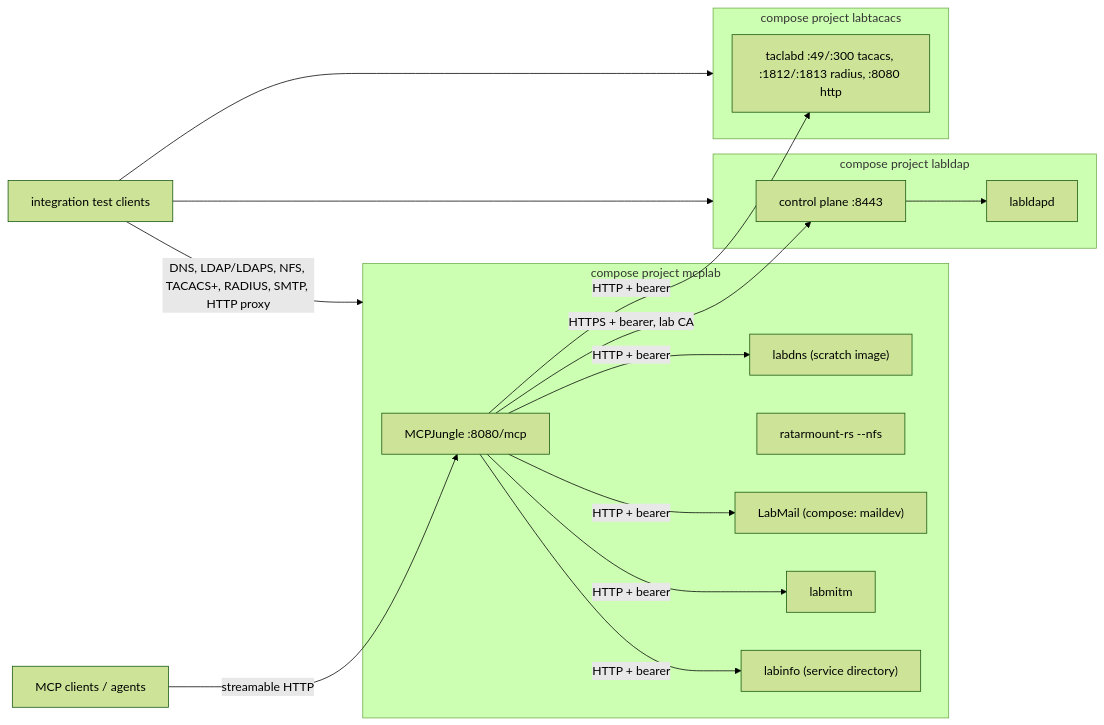
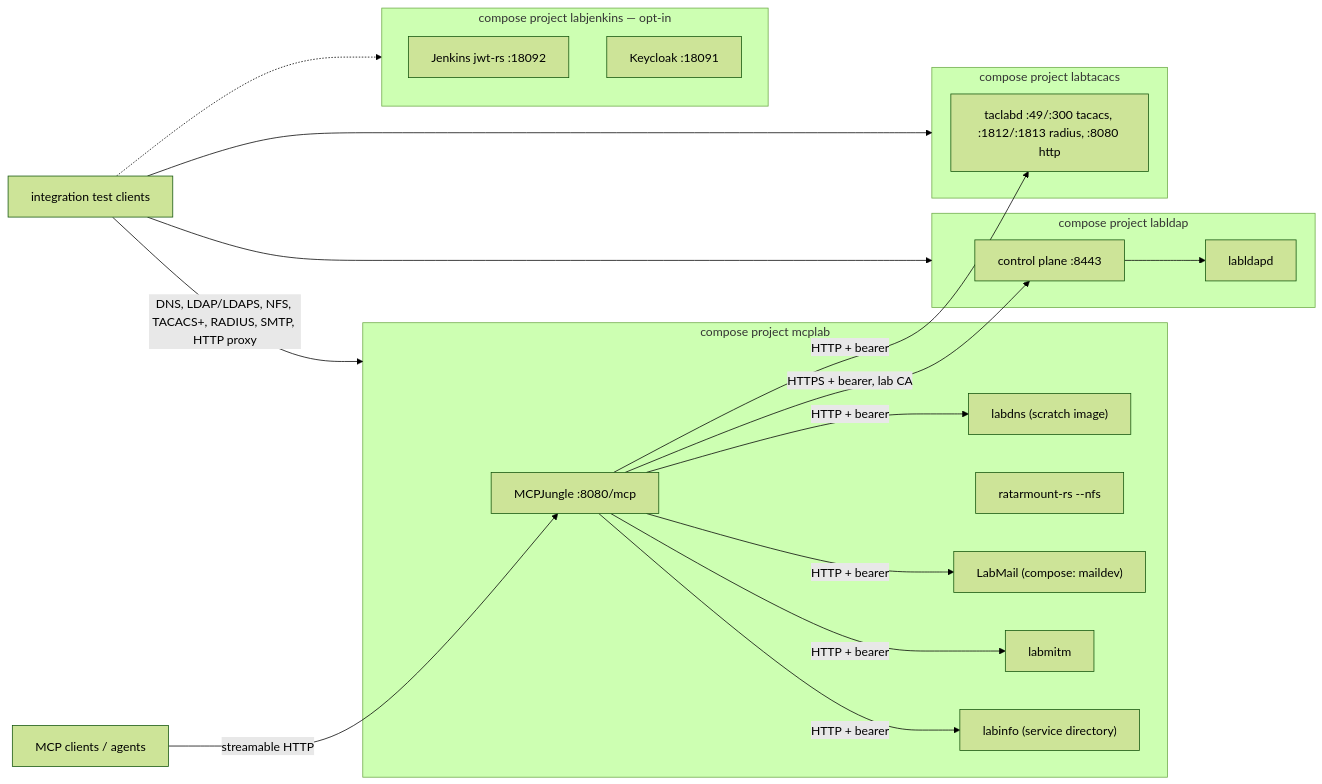
Before and after one commit to hilather/mcp-integration-lab: the diagram in docs/architecture.md, drawn with Mermaid (forest theme). The commit also changed other lines of this file and 35 other files, not shown here.

First line of the commit message:
feat: opt-in LabJenkins jwt-rs with Entra fill-in profile

````diff
--- a/docs/architecture.md
+++ b/docs/architecture.md
@@ -31,29 +32,34 @@
 ```mermaid
 flowchart LR
   Agents[MCP clients / agents] -->|streamable HTTP| Jungle["MCPJungle :8080/mcp"]
   subgraph mcplab [compose project mcplab]
     Jungle
     DNS["labdns (scratch image)"]
     NFS["ratarmount-rs --nfs"]
     Mail["LabMail (compose: maildev)"]
     MITM["labmitm"]
     Info["labinfo (service directory)"]
   end
   subgraph labldap [compose project labldap]
     Control["control plane :8443"]
     Dir["labldapd"]
   end
   subgraph labtacacs [compose project labtacacs]
     Taclab["taclabd :49/:300 tacacs, :1812/:1813 radius, :8080 http"]
   end
+  subgraph labjenkins [compose project labjenkins — opt-in]
+    Jenkins["Jenkins jwt-rs :18092"]
+    KC["Keycloak :18091"]
+  end
   Jungle -->|"HTTP + bearer"| DNS
   Jungle -->|"HTTP + bearer"| Info
   Jungle -->|"HTTPS + bearer, lab CA"| Control
   Jungle -->|"HTTP + bearer"| Taclab
   Jungle -->|"HTTP + bearer"| Mail
   Jungle -->|"HTTP + bearer"| MITM
   Control --> Dir
   Testers[integration test clients] -->|"DNS, LDAP/LDAPS, NFS, TACACS+, RADIUS, SMTP, HTTP proxy"| mcplab
   Testers --> labldap
   Testers --> labtacacs
+  Testers -.-> labjenkins
 ```
````
